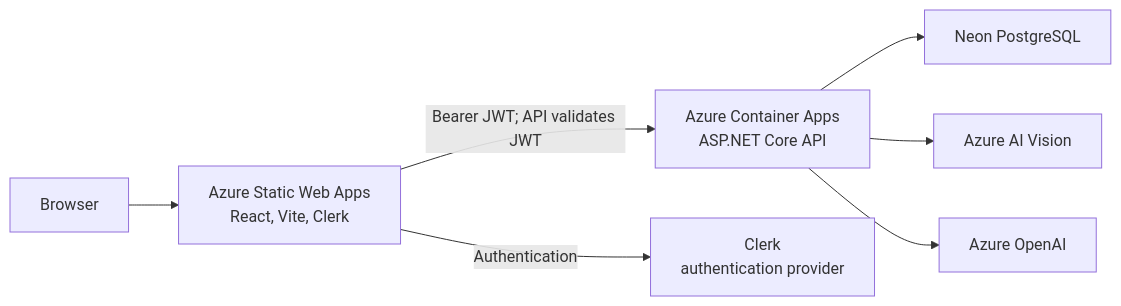
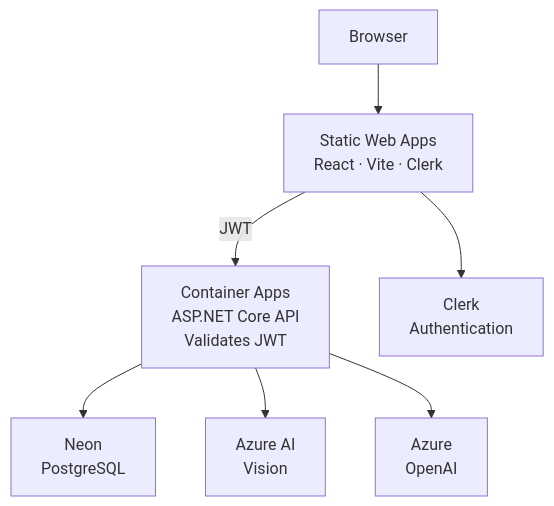
The first of 2 diagrams in README.md (johanjaners/note2quiz-ai), drawn with Mermaid before and after one commit. The commit also changed other lines of this file, not shown here.

Commit message:
docs: simplify deployment diagrams

````diff
--- a/README.md
+++ b/README.md
@@ -12,9 +12,9 @@
 ```mermaid
-flowchart LR
-  Browser --> Frontend["Azure Static Web Apps<br/>React, Vite, Clerk"]
-  Frontend -->|Bearer JWT; API validates JWT| API["Azure Container Apps<br/>ASP.NET Core API"]
-  Frontend -->|Authentication| Clerk["Clerk<br/>authentication provider"]
-  API --> Neon["Neon PostgreSQL"]
-  API --> Vision["Azure AI Vision"]
-  API --> OpenAI["Azure OpenAI"]
+flowchart TB
+  Browser --> Frontend["Static Web Apps<br/>React · Vite · Clerk"]
+  Frontend -->|JWT| API["Container Apps<br/>ASP.NET Core API<br/>Validates JWT"]
+  Frontend --> Clerk["Clerk<br/>Authentication"]
+  API --> Neon["Neon<br/>PostgreSQL"]
+  API --> Vision["Azure AI<br/>Vision"]
+  API --> OpenAI["Azure<br/>OpenAI"]
 ```
````
